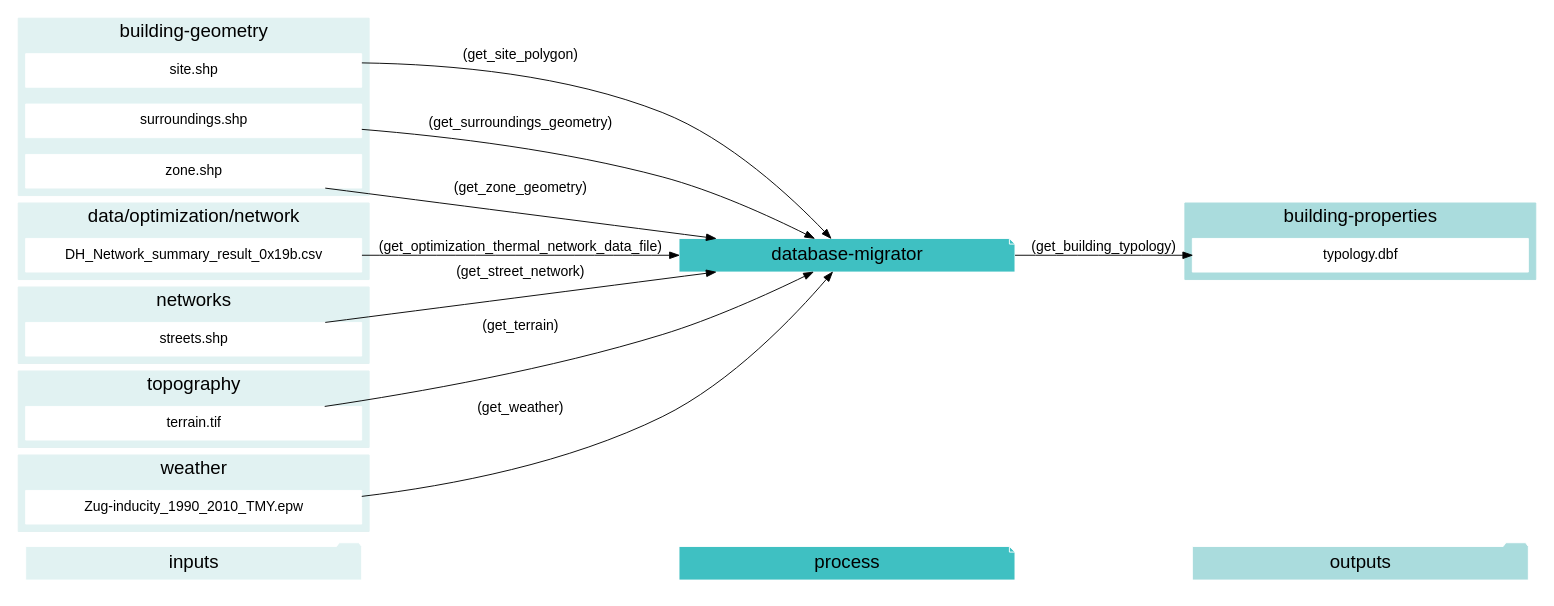
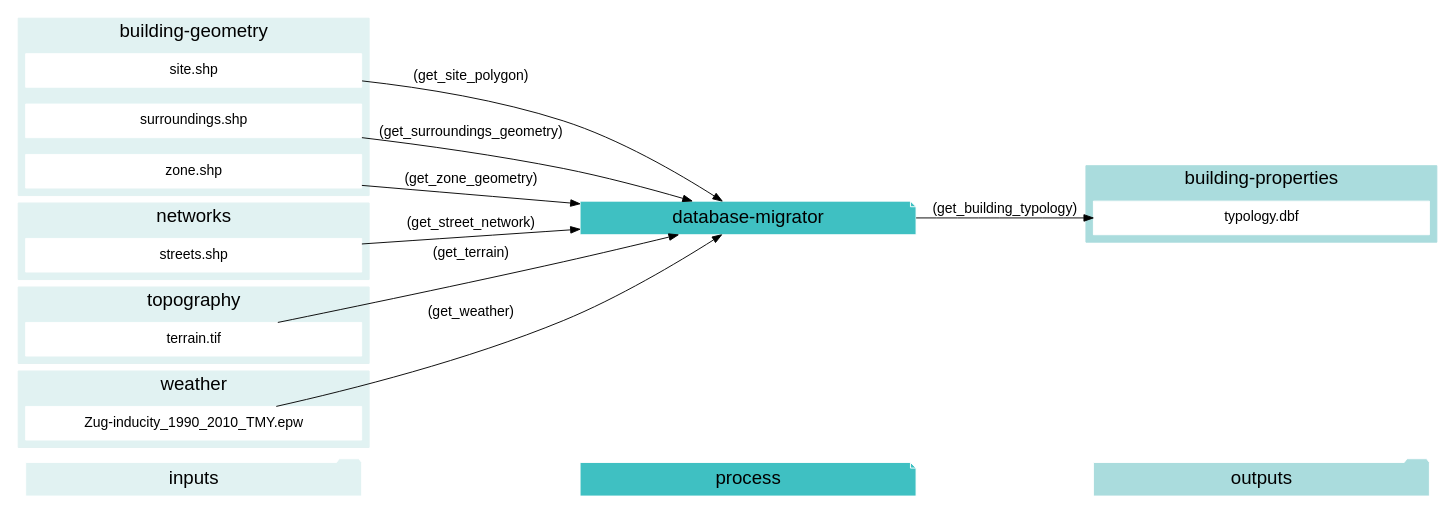
One commit to architecture-building-systems/CityEnergyAnalyst changed diagram 12 of 23 in docs/script-data-flow.rst. Above: the diagram before and after it, drawn with Graphviz. The commit also changed other lines of this file and 25 other files, not shown here.

Commit message:
working on the graphviz output

```diff
--- a/docs/script-data-flow.rst
+++ b/docs/script-data-flow.rst
@@ -1128,77 +1029,68 @@
 .. graphviz::
 
     digraph trace_inputlocator {
     rankdir="LR";
     graph [overlap=false, fontname=arial];
     node [shape=box, style=filled, color=white, fontsize=15, fontname=arial, fixedsize=true, width=5];
     edge [fontname=arial, fontsize = 15]
     newrank=true
     subgraph cluster_legend {
     fontsize=25
     style=invis
     "process"[style=filled, fillcolor="#3FC0C2", shape=note, fontsize=20, fontname="arial"]
     "inputs" [style=filled, shape=folder, color=white, fillcolor="#E1F2F2", fontsize=20]
     "outputs"[style=filled, shape=folder, color=white, fillcolor="#aadcdd", fontsize=20]
     "inputs"->"process"[style=invis]
     "process"->"outputs"[style=invis]
     }
     "database-migrator"[style=filled, color=white, fillcolor="#3FC0C2", shape=note, fontsize=20, fontname=arial];
     subgraph cluster_0_in {
         style = filled;
         color = "#E1F2F2";
         fontsize = 20;
         rank=same;
         label="building-geometry";
         "site.shp"
         "surroundings.shp"
         "zone.shp"
     }
     subgraph cluster_1_out {
         style = filled;
         color = "#aadcdd";
         fontsize = 20;
         rank=same;
         label="building-properties";
         "typology.dbf"
     }
     subgraph cluster_2_in {
         style = filled;
         color = "#E1F2F2";
         fontsize = 20;
         rank=same;
-        label="data/optimization/network";
-        "DH_Network_summary_result_0x19b.csv"
-    }
-    subgraph cluster_3_in {
-        style = filled;
-        color = "#E1F2F2";
-        fontsize = 20;
-        rank=same;
         label="networks";
         "streets.shp"
     }
-    subgraph cluster_4_in {
+    subgraph cluster_3_in {
         style = filled;
         color = "#E1F2F2";
         fontsize = 20;
         rank=same;
         label="topography";
         "terrain.tif"
     }
-    subgraph cluster_5_in {
+    subgraph cluster_4_in {
         style = filled;
         color = "#E1F2F2";
         fontsize = 20;
         rank=same;
         label="weather";
         "Zug-inducity_1990_2010_TMY.epw"
     }
-    "DH_Network_summary_result_0x19b.csv" -> "database-migrator"[label="(get_optimization_thermal_network_data_file)"]
     "site.shp" -> "database-migrator"[label="(get_site_polygon)"]
     "streets.shp" -> "database-migrator"[label="(get_street_network)"]
     "surroundings.shp" -> "database-migrator"[label="(get_surroundings_geometry)"]
     "terrain.tif" -> "database-migrator"[label="(get_terrain)"]
     "Zug-inducity_1990_2010_TMY.epw" -> "database-migrator"[label="(get_weather)"]
     "zone.shp" -> "database-migrator"[label="(get_zone_geometry)"]
     "database-migrator" -> "typology.dbf"[label="(get_building_typology)"]
     }
```
